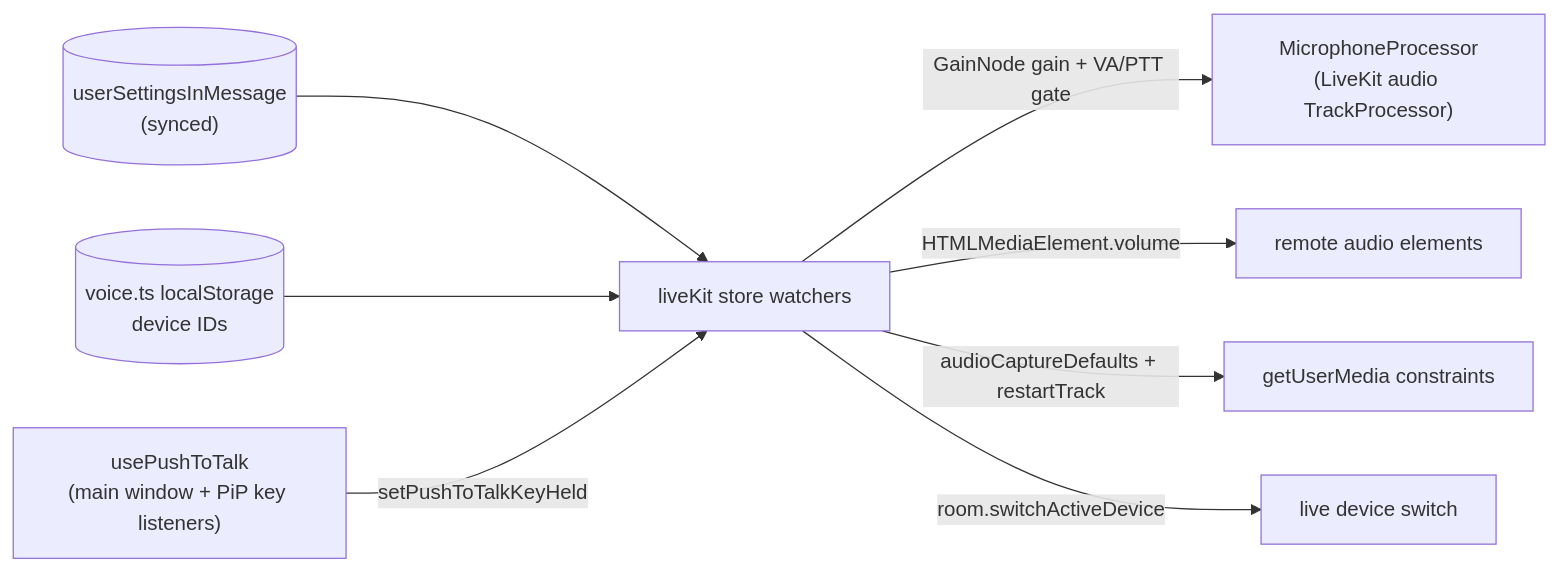
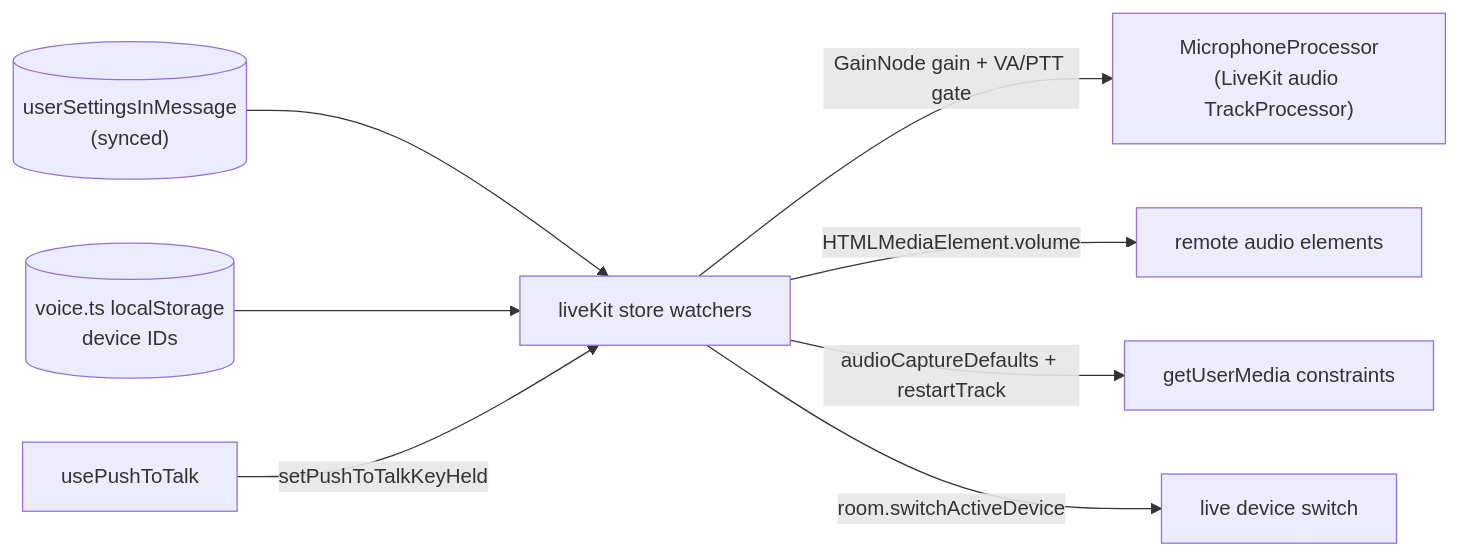
Before and after one commit to Esposter/Esposter: the diagram in openspec/specs/esbabbler/voice-video/design.md, drawn with Mermaid. The commit also changed 2 other files, not shown here.

Commit message:
docs(esbabbler): sweep the twentieth sitting of the esbabbler area
A history word removed from scheduled-messages, the voice-video label reduced to a name, and the webhooks trigger count replaced with an article. The page statements are unchanged.

Skipped, with reasons:
- spoilers and threads rewrites: each rewrites a sentence whose exact wording needs a fresh read.
- webhooks rate-limit clause: a claim, left for its owner.
- slash-commands removals: each names an owner section, which needs reading first.

Open:
- voice-video Unverified section: the verification gap is recorded in prose, and its home is to be decided.

Ledger: docs/content | `openspec/specs/esbabbler` — `scheduled-messages`, `settings`, `slash-commands`, `spoilers`, `thread-follows`, `threads`, `voice-video`, `webhooks`

````diff
--- a/openspec/specs/esbabbler/voice-video/design.md
+++ b/openspec/specs/esbabbler/voice-video/design.md
@@ -14,10 +14,10 @@
 ```mermaid
 flowchart LR
   DB[("userSettingsInMessage<br/>(synced)")] --> LK["liveKit store watchers"]
   LOCAL[("voice.ts localStorage<br/>device IDs")] --> LK
-  PTT["usePushToTalk<br/>(main window + PiP key listeners)"] -->|"setPushToTalkKeyHeld"| LK
+  PTT["usePushToTalk"] -->|"setPushToTalkKeyHeld"| LK
   LK -->|"GainNode gain + VA/PTT gate"| MP["MicrophoneProcessor<br/>(LiveKit audio TrackProcessor)"]
   LK -->|"HTMLMediaElement.volume"| SPK["remote audio elements"]
   LK -->|"audioCaptureDefaults + restartTrack"| GUM["getUserMedia constraints"]
   LK -->|"room.switchActiveDevice"| DEV["live device switch"]
 ```
````
